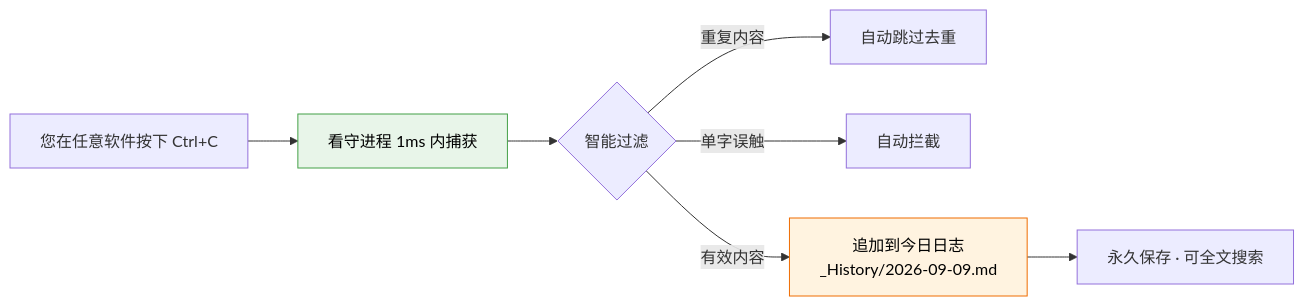
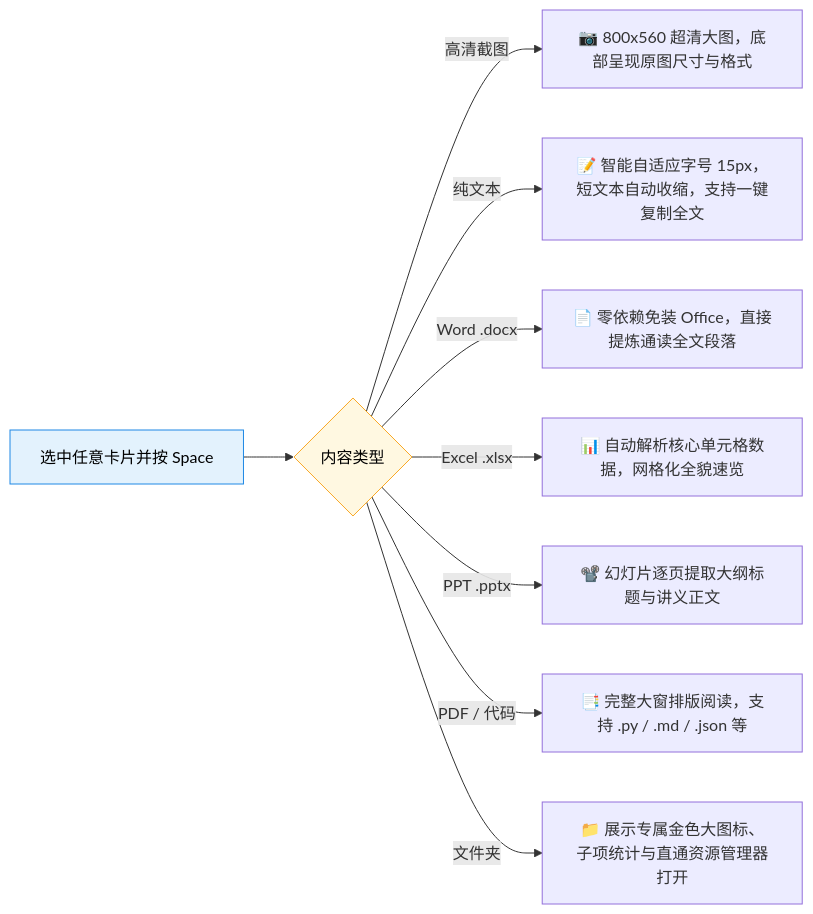
The second of 2 diagrams in README.md (CatBoss-Paw/EasyClipboard), drawn with Mermaid before and after one commit. The commit also changed other lines of this file, not shown here.

````diff
--- a/README.md
+++ b/README.md
@@ -86,12 +89,14 @@
 ```mermaid
 graph LR
-    A[您在任意软件按下 Ctrl+C] --> B[看守进程 1ms 内捕获]
-    B --> C{智能过滤}
-    C -->|重复内容| D[自动跳过去重]
-    C -->|单字误触| E[自动拦截]
-    C -->|有效内容| F[追加到今日日志<br/>_History/2026-09-09.md]
-    F --> G[永久保存 · 可全文搜索]
+    ITEM[选中任意卡片并按 Space] --> TYPE{内容类型}
+    TYPE -->|高清截图| P1[📷 800x560 超清大图，底部呈现原图尺寸与格式]
+    TYPE -->|纯文本| P2[📝 智能自适应字号 15px，短文本自动收缩，支持一键复制全文]
+    TYPE -->|Word .docx| P3[📄 零依赖免装 Office，直接提炼通读全文段落]
+    TYPE -->|Excel .xlsx| P4[📊 自动解析核心单元格数据，网格化全貌速览]
+    TYPE -->|PPT .pptx| P5[📽️ 幻灯片逐页提取大纲标题与讲义正文]
+    TYPE -->|PDF / 代码| P6[📑 完整大窗排版阅读，支持 .py / .md / .json 等]
+    TYPE -->|文件夹| P7[📁 展示专属金色大图标、子项统计与直通资源管理器打开]
 
-    style B fill:#e8f5e9,stroke:#43a047,color:#000
-    style F fill:#fff3e0,stroke:#ef6c00,color:#000
+    style ITEM fill:#e3f2fd,stroke:#1e88e5,color:#000
+    style TYPE fill:#fff8e1,stroke:#f9a825,color:#000
 ```
````
